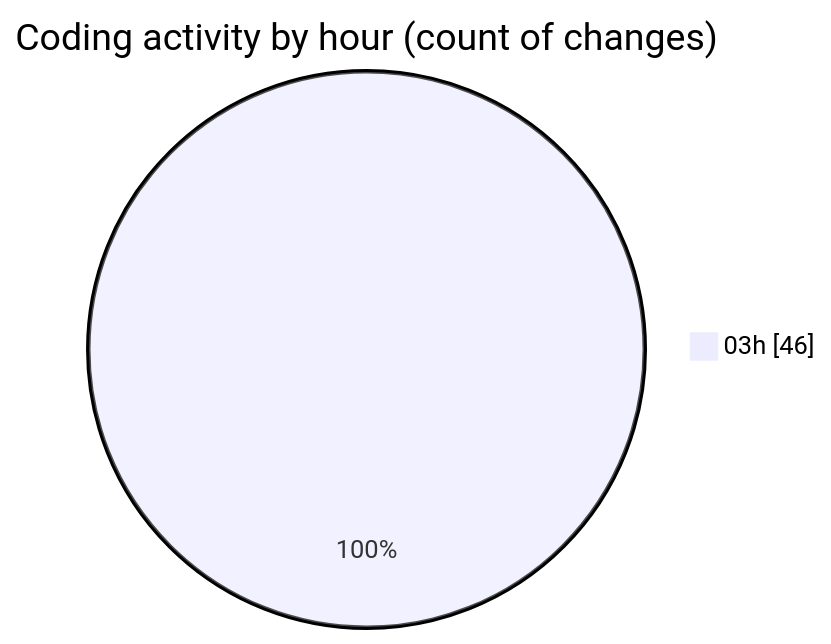
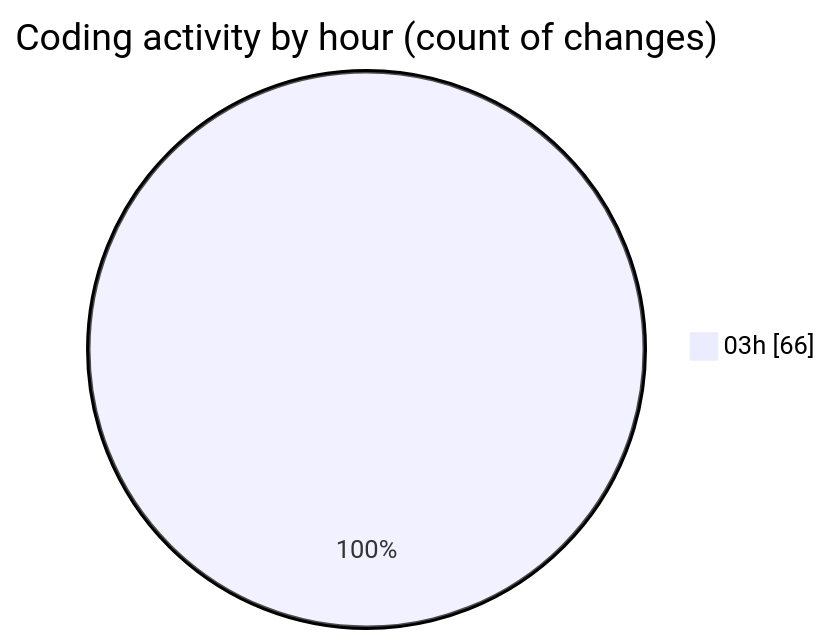
Before and after one commit to lephambinh05/code-tracking: the second of 2 diagrams in 2025-08-09/napxuvn/README.md, drawn with Mermaid. The commit also changed other lines of this file and 1 other file, not shown here.

````diff
--- a/2025-08-09/napxuvn/README.md
+++ b/2025-08-09/napxuvn/README.md
@@ -72,5 +82,5 @@
 ```mermaid
 pie showData
 title Coding activity by hour (count of changes)
-"03h" : 46
+"03h" : 66
 ```
````
